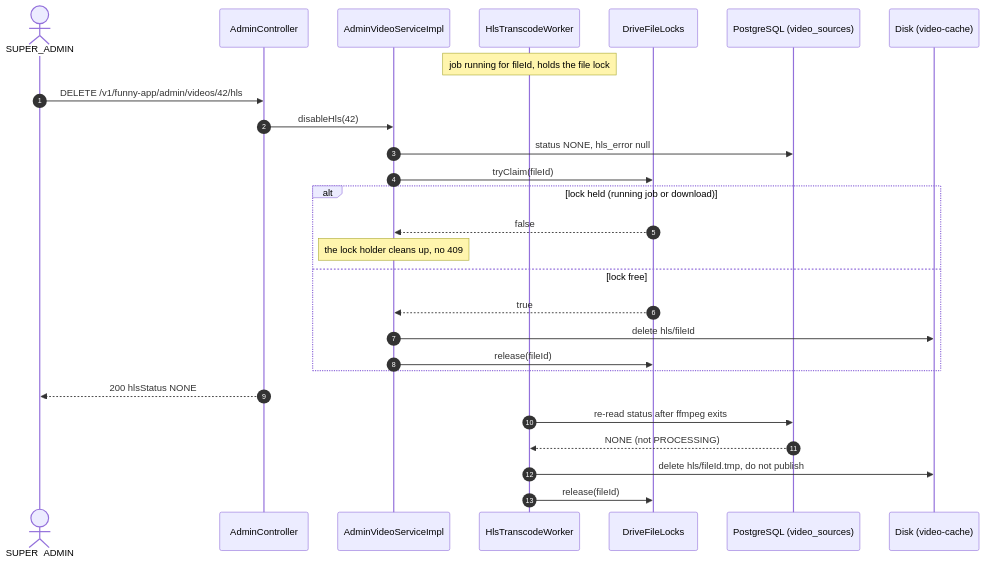
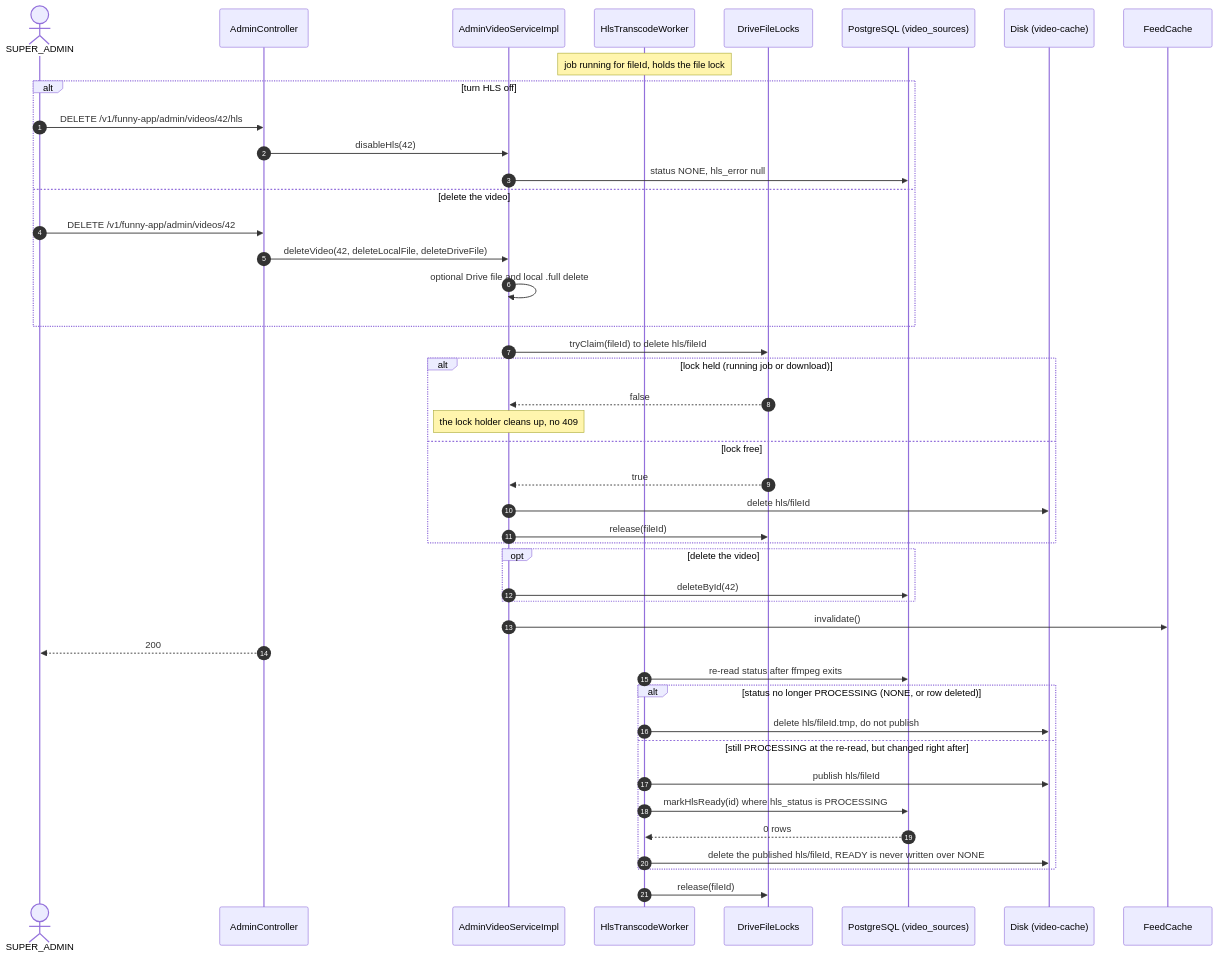
Before and after one commit to nguyenhuuca/assessment: the fifth of 6 diagrams in docs/sequence/sequence-hls-streaming.md, drawn with Mermaid. The commit also changed other lines of this file, not shown here.

First line of the commit message:
docs(hls): bring sequence flows 1, 2, 5 and 6 up to date with the code

````diff
--- a/docs/sequence/sequence-hls-streaming.md
+++ b/docs/sequence/sequence-hls-streaming.md
@@ -192,30 +220,48 @@
 ```mermaid
 sequenceDiagram
     autonumber
     actor SA as SUPER_ADMIN
     participant API as AdminController
     participant S as AdminVideoServiceImpl
     participant W as HlsTranscodeWorker
     participant L as DriveFileLocks
     participant DB as PostgreSQL (video_sources)
     participant FS as Disk (video-cache)
+    participant FC as FeedCache
 
     Note over W: job running for fileId, holds the file lock
-    SA->>API: DELETE /v1/funny-app/admin/videos/42/hls
-    API->>S: disableHls(42)
-    S->>DB: status NONE, hls_error null
-    S->>L: tryClaim(fileId)
+    alt turn HLS off
+        SA->>API: DELETE /v1/funny-app/admin/videos/42/hls
+        API->>S: disableHls(42)
+        S->>DB: status NONE, hls_error null
+    else delete the video
+        SA->>API: DELETE /v1/funny-app/admin/videos/42
+        API->>S: deleteVideo(42, deleteLocalFile, deleteDriveFile)
+        S->>S: optional Drive file and local .full delete
+    end
+    S->>L: tryClaim(fileId) to delete hls/fileId
     alt lock held (running job or download)
         L-->>S: false
         Note over S: the lock holder cleans up, no 409
     else lock free
         L-->>S: true
         S->>FS: delete hls/fileId
         S->>L: release(fileId)
     end
-    API-->>SA: 200 hlsStatus NONE
+    opt delete the video
+        S->>DB: deleteById(42)
+    end
+    S->>FC: invalidate()
+    API-->>SA: 200
+
     W->>DB: re-read status after ffmpeg exits
-    DB-->>W: NONE (not PROCESSING)
-    W->>FS: delete hls/fileId.tmp, do not publish
+    alt status no longer PROCESSING (NONE, or row deleted)
+        W->>FS: delete hls/fileId.tmp, do not publish
+    else still PROCESSING at the re-read, but changed right after
+        W->>FS: publish hls/fileId
+        W->>DB: markHlsReady(id) where hls_status is PROCESSING
+        DB-->>W: 0 rows
+        W->>FS: delete the published hls/fileId, READY is never written over NONE
+    end
     W->>L: release(fileId)
 ```
````
